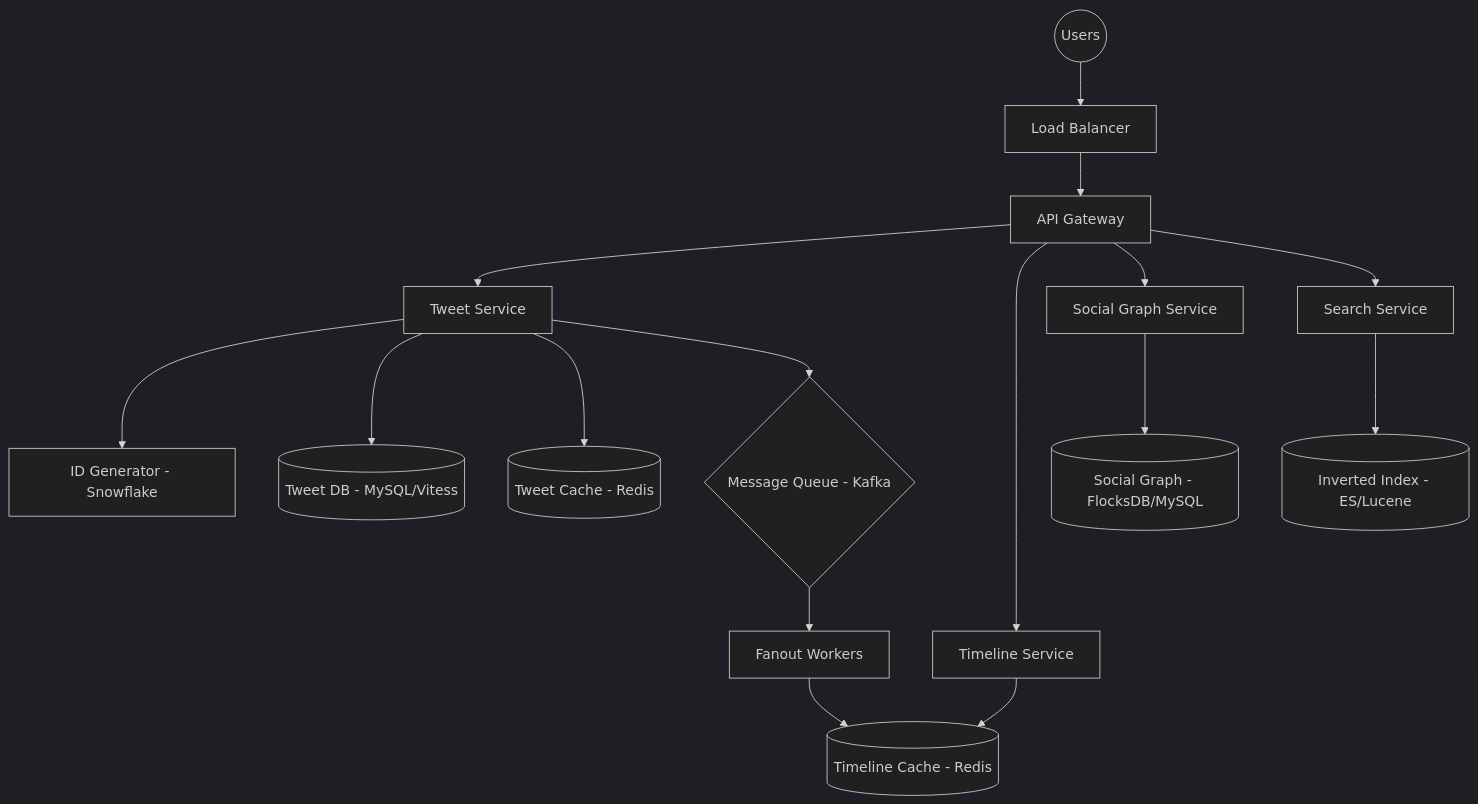
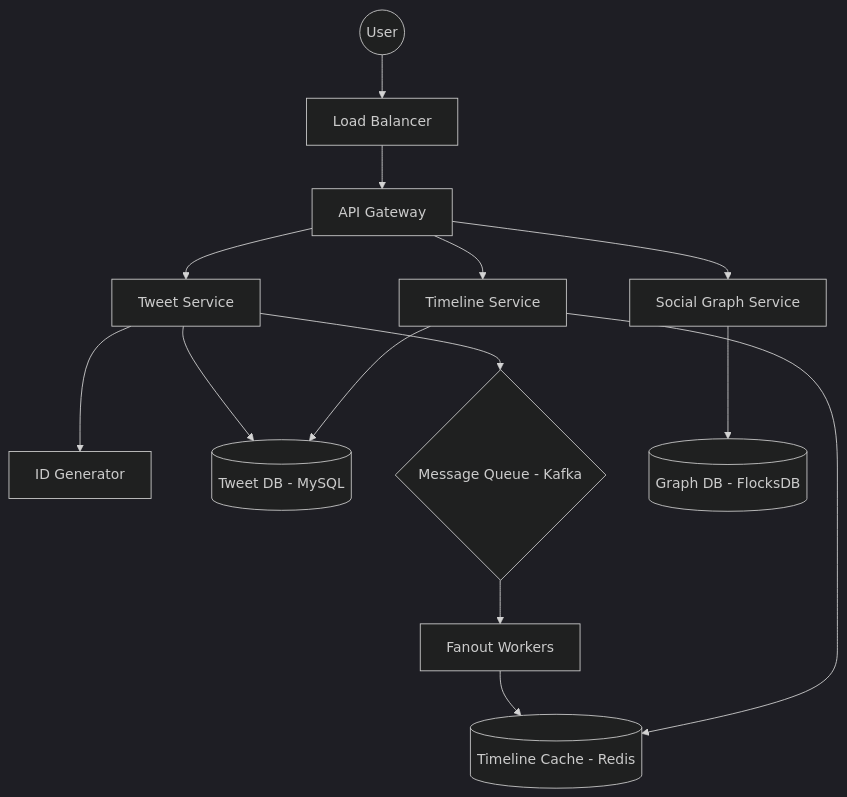
One commit to yokeshrana/systemdesign changed the diagram in docs/case-studies/twitter.md. Above: the diagram before and after it, drawn with Mermaid (dark theme). The commit also changed other lines of this file and 5 other files, not shown here.

Commit message:
docs: deeply enhance case studies with 7-step structure and detailed architecture

````diff
--- a/docs/case-studies/twitter.md
+++ b/docs/case-studies/twitter.md
@@ -21,24 +92,21 @@
 ```mermaid
 graph TD
-    User((Users)) --> LB[Load Balancer]
+    User((User)) --> LB[Load Balancer]
     LB --> API[API Gateway]
     
     API --> TweetS[Tweet Service]
     API --> TimelineS[Timeline Service]
     API --> SocialS[Social Graph Service]
-    API --> SearchS[Search Service]
-
-    TweetS --> Snowflake[ID Generator - Snowflake]
-    TweetS --> DB[(Tweet DB - MySQL/Vitess)]
-    TweetS --> RedisCache[(Tweet Cache - Redis)]
     
-    SocialS --> GraphDB[(Social Graph - FlocksDB/MySQL)]
+    TweetS --> Snowflake[ID Generator]
+    TweetS --> DB[(Tweet DB - MySQL)]
+    TweetS --> MQ{Message Queue - Kafka}
     
-    TimelineS --> TimelineCache[(Timeline Cache - Redis)]
+    SocialS --> GraphDB[(Graph DB - FlocksDB)]
     
-    SearchS --> InvertedIndex[(Inverted Index - ES/Lucene)]
+    MQ --> Fanout[Fanout Workers]
+    Fanout --> Redis[(Timeline Cache - Redis)]
     
-    TweetS --> MQ{Message Queue - Kafka}
-    MQ --> Fanout[Fanout Workers]
-    Fanout --> TimelineCache
+    TimelineS --> Redis
+    TimelineS --> DB
 ```
````
